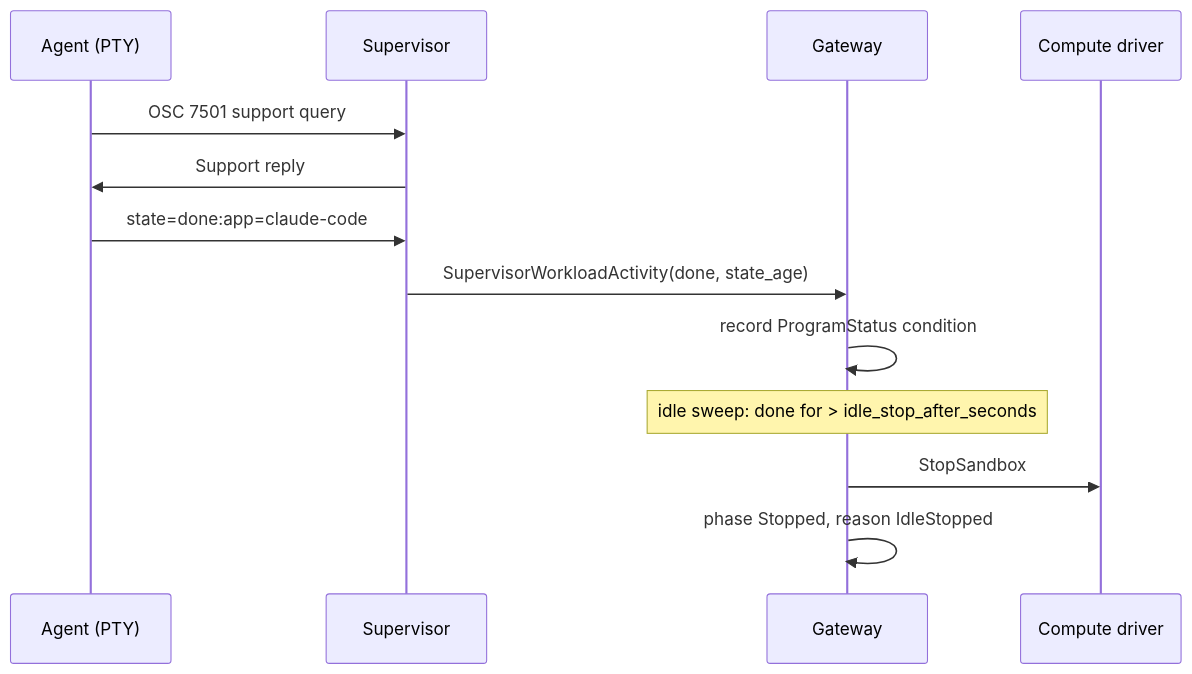
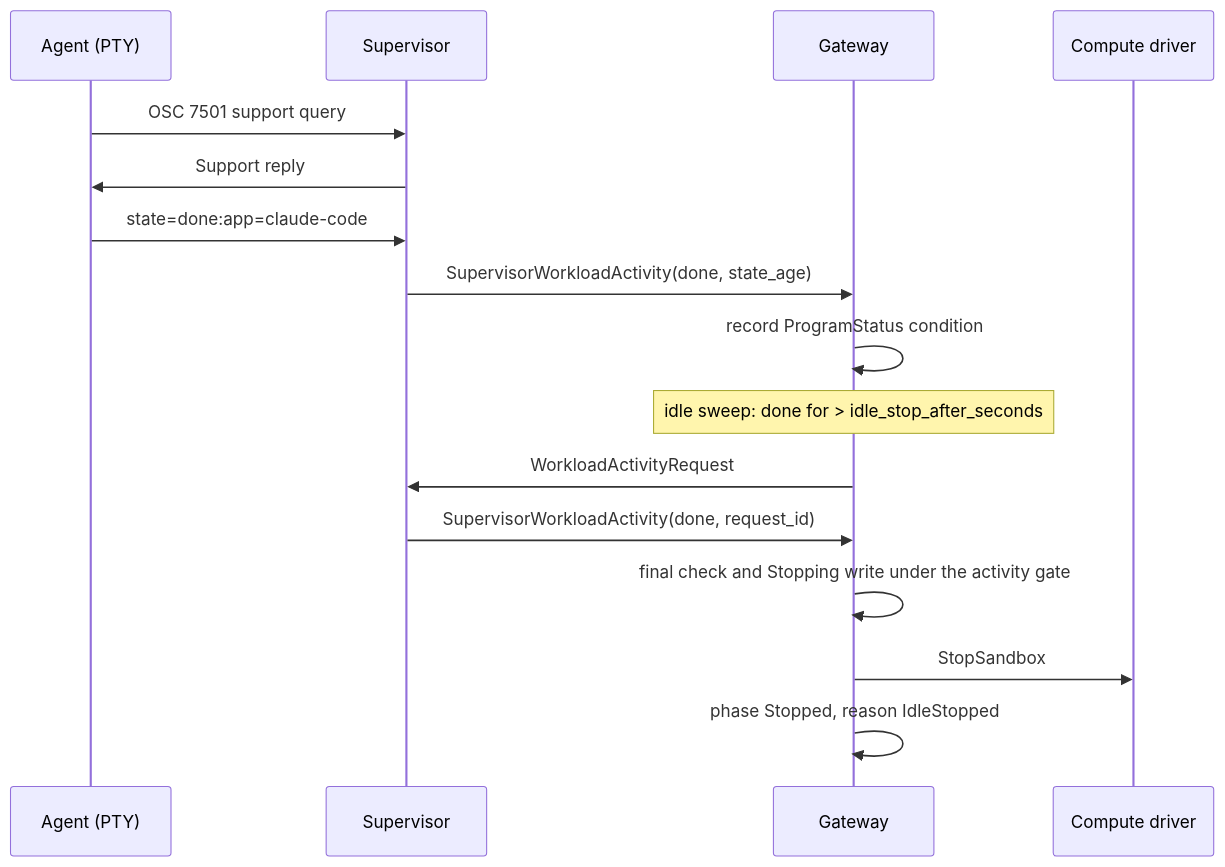
The diagram in rfc/NNNN-workload-idle-stop/README.md (NVIDIA/OpenShell), drawn with Mermaid before and after one commit. The commit also changed other lines of this file and 13 other files, not shown here.

````diff
--- a/rfc/NNNN-workload-idle-stop/README.md
+++ b/rfc/NNNN-workload-idle-stop/README.md
@@ -219,15 +253,18 @@
 ```mermaid
 sequenceDiagram
     participant A as Agent (PTY)
     participant S as Supervisor
     participant G as Gateway
     participant D as Compute driver
     A->>S: OSC 7501 support query
     S->>A: Support reply
     A->>S: state=done:app=claude-code
     S->>G: SupervisorWorkloadActivity(done, state_age)
     G->>G: record ProgramStatus condition
     Note over G: idle sweep: done for > idle_stop_after_seconds
+    G->>S: WorkloadActivityRequest
+    S->>G: SupervisorWorkloadActivity(done, request_id)
+    G->>G: final check and Stopping write under the activity gate
     G->>D: StopSandbox
     G->>G: phase Stopped, reason IdleStopped
 ```
````
